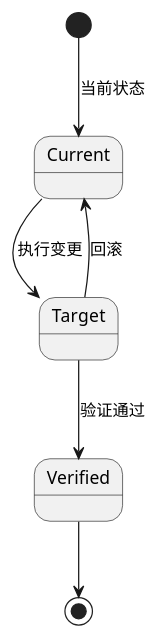
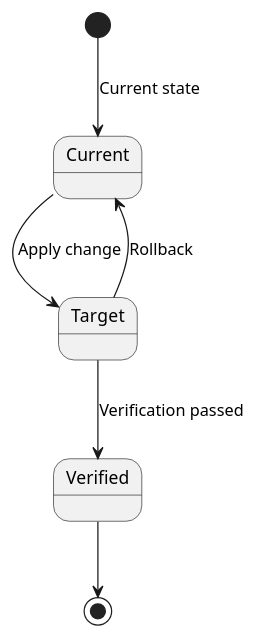
One commit to Timetraps-x/code-loom changed the third of 3 diagrams in codeloom/templates/plan-template.md. Above: the diagram before and after it, drawn with PlantUML. The commit also changed other lines of this file and 17 other files, not shown here.

````diff
--- a/codeloom/templates/plan-template.md
+++ b/codeloom/templates/plan-template.md
@@ -75,9 +75,9 @@
 ```plantuml
 @startuml
-[*] --> Current : 当前状态
-Current --> Target : 执行变更
-Target --> Verified : 验证通过
-Target --> Current : 回滚
+[*] --> Current : Current state
+Current --> Target : Apply change
+Target --> Verified : Verification passed
+Target --> Current : Rollback
 Verified --> [*]
 @enduml
 ```
````
